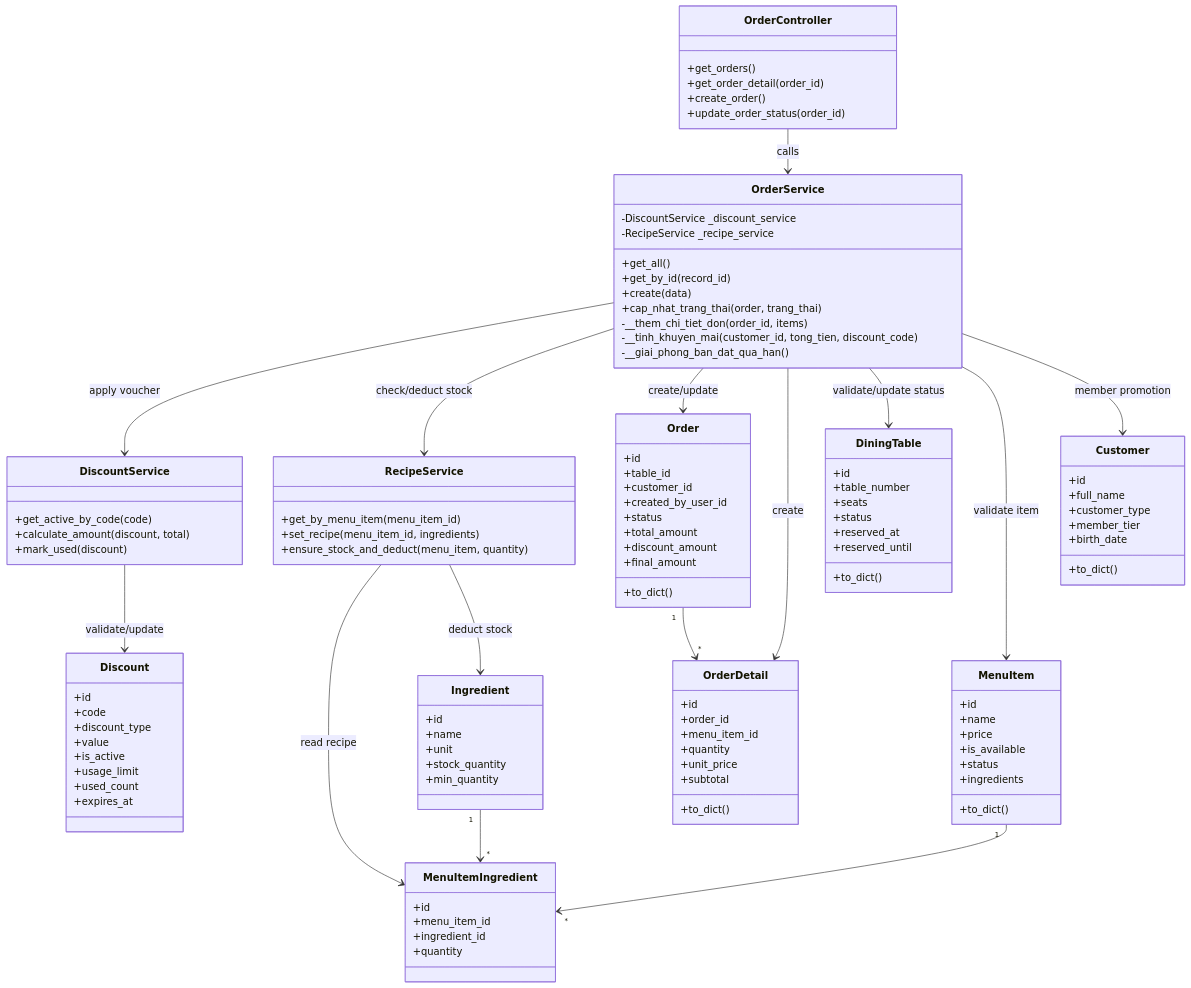
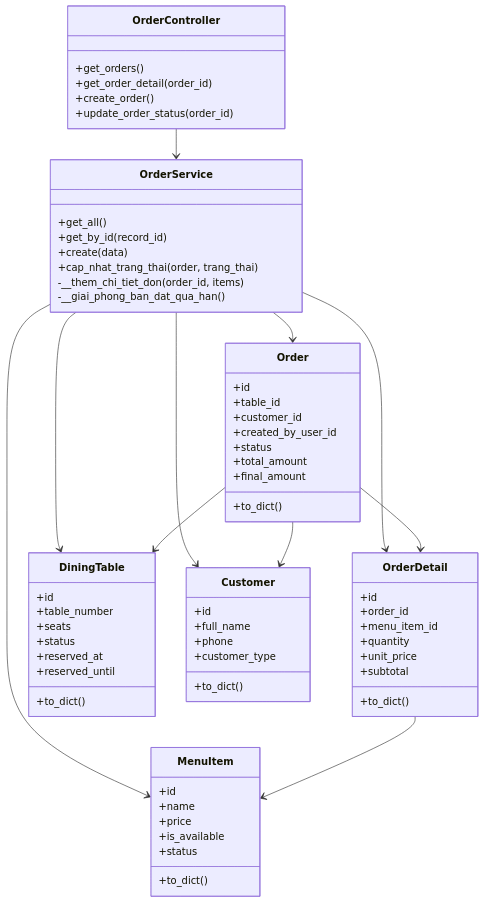
One commit to trinhlaosu/sushi_restaurant_management changed the first of 2 diagrams in docs/IMPORTANT_MODULE_ORDER.md. Above: the diagram before and after it, drawn with Mermaid. The commit also changed other lines of this file and 51 other files, not shown here.

````diff
--- a/docs/IMPORTANT_MODULE_ORDER.md
+++ b/docs/IMPORTANT_MODULE_ORDER.md
@@ -232,27 +109,12 @@
     }
 
     class OrderService {
-        -DiscountService _discount_service
-        -RecipeService _recipe_service
         +get_all()
         +get_by_id(record_id)
         +create(data)
         +cap_nhat_trang_thai(order, trang_thai)
         -__them_chi_tiet_don(order_id, items)
-        -__tinh_khuyen_mai(customer_id, tong_tien, discount_code)
         -__giai_phong_ban_dat_qua_han()
-    }
-
-    class DiscountService {
-        +get_active_by_code(code)
-        +calculate_amount(discount, total)
-        +mark_used(discount)
-    }
-
-    class RecipeService {
-        +get_by_menu_item(menu_item_id)
-        +set_recipe(menu_item_id, ingredients)
-        +ensure_stock_and_deduct(menu_item, quantity)
     }
 
     class Order {
@@ -262,7 +124,6 @@
         +created_by_user_id
         +status
         +total_amount
-        +discount_amount
         +final_amount
         +to_dict()
     }
@@ -293,57 +154,25 @@
         +price
         +is_available
         +status
-        +ingredients
         +to_dict()
     }
 
     class Customer {
         +id
         +full_name
+        +phone
         +customer_type
-        +member_tier
-        +birth_date
         +to_dict()
     }
 
-    class Discount {
-        +id
-        +code
-        +discount_type
-        +value
-        +is_active
-        +usage_limit
-        +used_count
-        +expires_at
-    }
-
-    class Ingredient {
-        +id
-        +name
-        +unit
-        +stock_quantity
-        +min_quantity
-    }
-
-    class MenuItemIngredient {
-        +id
-        +menu_item_id
-        +ingredient_id
-        +quantity
-    }
-
-    OrderController --> OrderService : calls
-    OrderService --> DiscountService : apply voucher
-    OrderService --> RecipeService : check/deduct stock
-    OrderService --> Order : create/update
-    OrderService --> OrderDetail : create
-    OrderService --> DiningTable : validate/update status
-    OrderService --> MenuItem : validate item
-    OrderService --> Customer : member promotion
-    DiscountService --> Discount : validate/update
-    RecipeService --> MenuItemIngredient : read recipe
-    RecipeService --> Ingredient : deduct stock
-    MenuItem "1" --> "*" MenuItemIngredient
-    Ingredient "1" --> "*" MenuItemIngredient
-    Order "1" --> "*" OrderDetail
+    OrderController --> OrderService
+    OrderService --> Order
+    OrderService --> OrderDetail
+    OrderService --> DiningTable
+    OrderService --> MenuItem
+    OrderService --> Customer
+    Order --> OrderDetail
+    Order --> DiningTable
+    Order --> Customer
+    OrderDetail --> MenuItem
 ```
````
